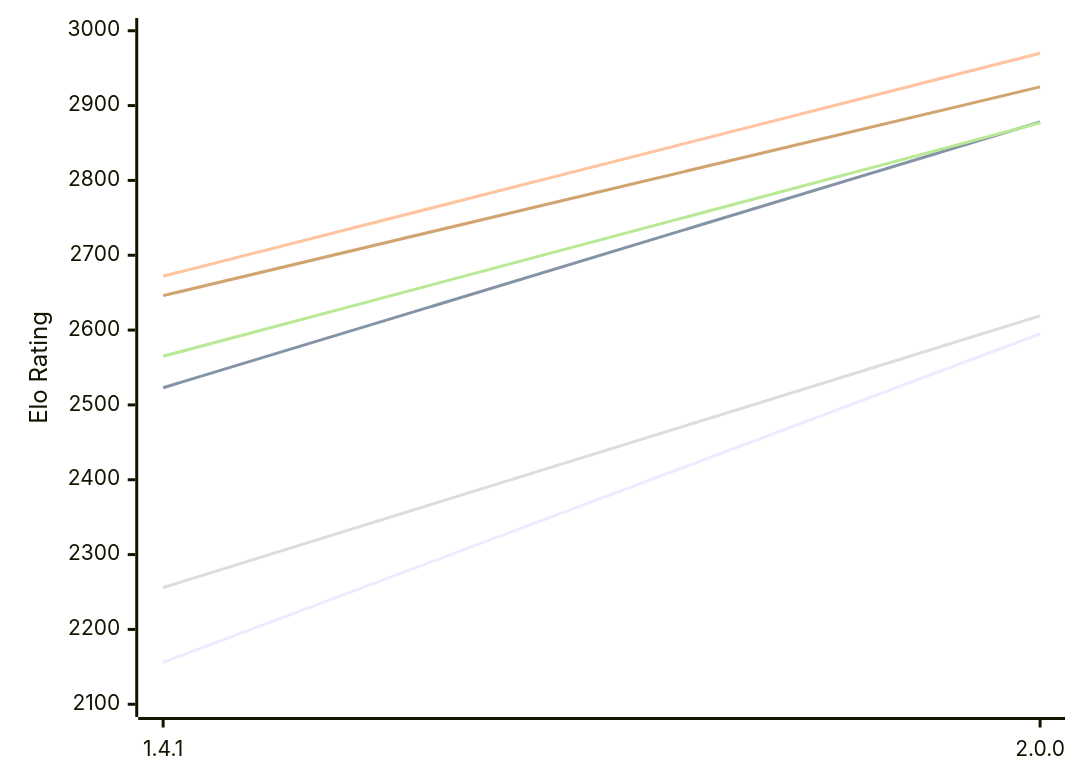
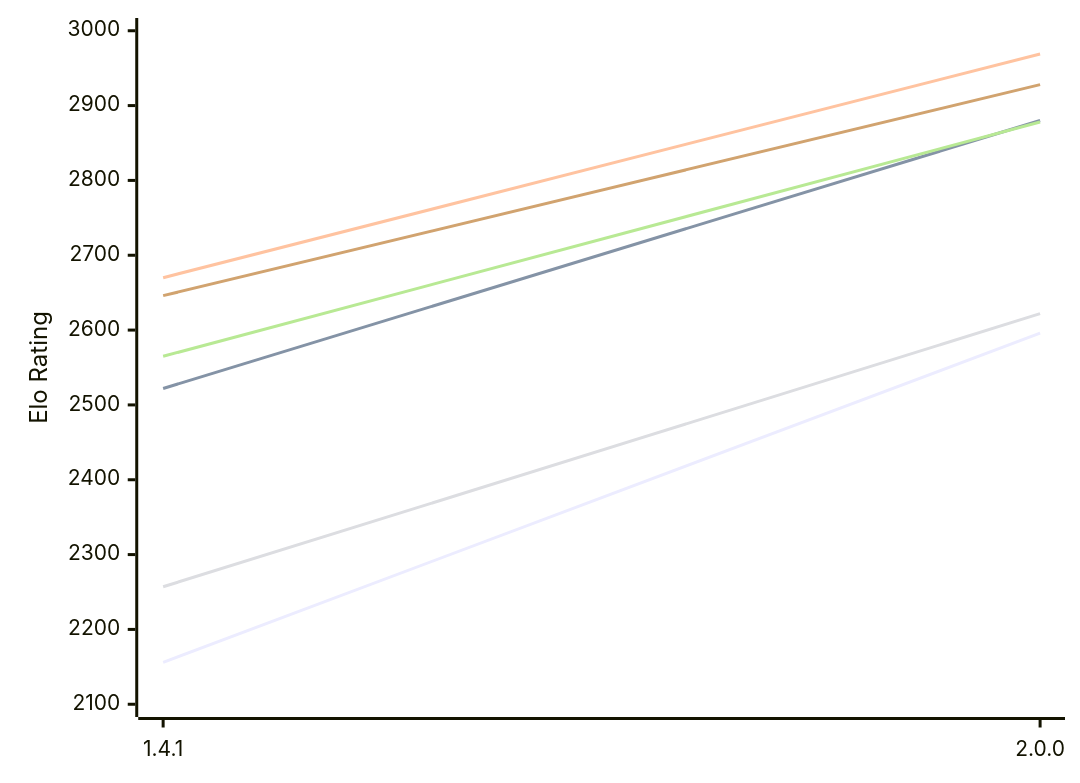
The first of 2 diagrams in engines/Chal.md (computer-chess-index/cci), drawn with Mermaid before and after one commit. The commit also changed other lines of this file, not shown here.

Commit message:
Update CCI Ratings (ELO VLTC) - 2026-11-27

````diff
--- a/engines/Chal.md
+++ b/engines/Chal.md
@@ -55,12 +55,12 @@
 ```mermaid
 %%{init: {"theme":"base","themeVariables":{"seriesColors:['#a3a3a3','#222221','#faa371']}}}%%
 xychart-beta
   x-axis ["1.4.1", "2.0.0"]
   y-axis "Elo Rating" 2100 --> 3000
-  line "E1: STC (8.0+0.08s)" [2156, 2595]
-  line "E1: LTC (60.0+0.60s)" [2523, 2878]
-  line "E1: VLTC (2m24s+1.12s)" [2672, 2970]
-  line "P1: STC (8.0+0.08s)" [2256, 2619]
-  line "P1: LTC (60.0+0.60s)" [2565, 2877]
-  line "P1: VLTC (2m24s+1.12s)" [2646, 2925]
+  line "E1: STC (8.0+0.08s)" [2156, 2596]
+  line "E1: LTC (60.0+0.60s)" [2522, 2880]
+  line "E1: VLTC (2m24s+1.12s)" [2670, 2969]
+  line "P1: STC (8.0+0.08s)" [2257, 2622]
+  line "P1: LTC (60.0+0.60s)" [2565, 2878]
+  line "P1: VLTC (2m24s+1.12s)" [2646, 2928]
 ```
````
